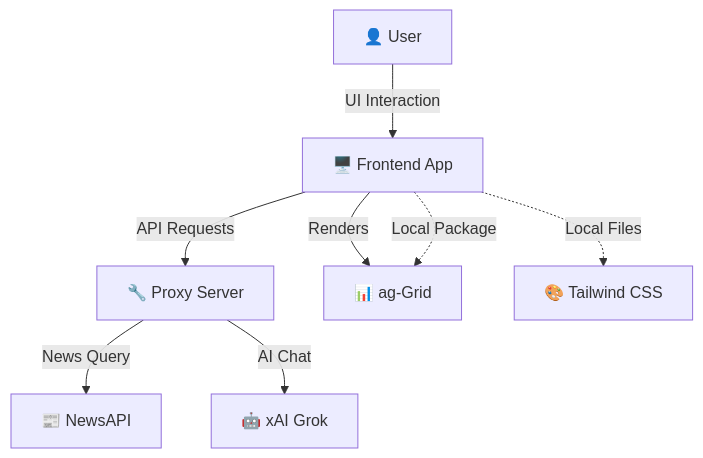
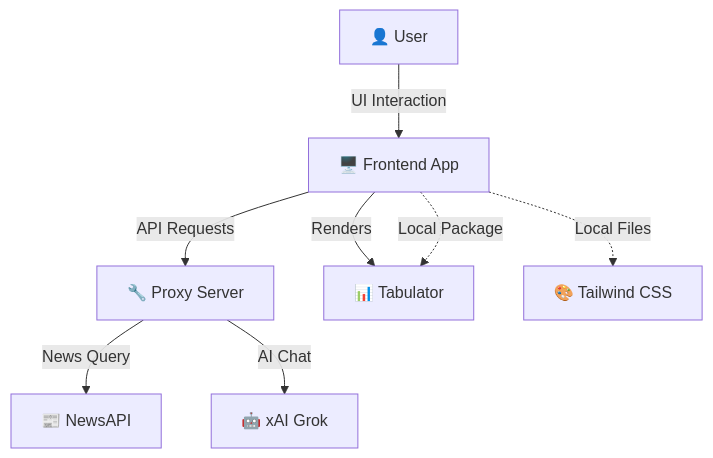
One commit to evcatalyst/news-aggregator changed the first of 3 diagrams in README.md. Above: the diagram before and after it, drawn with Mermaid. The commit also changed other lines of this file and 19 other files, not shown here.

````diff
--- a/README.md
+++ b/README.md
@@ -242,11 +239,11 @@
 ```mermaid
 flowchart TD
     User[👤 User] -->|UI Interaction| Frontend[🖥️ Frontend App]
     Frontend -->|API Requests| Proxy[🔧 Proxy Server]
     Proxy -->|News Query| NewsAPI[📰 NewsAPI]
     Proxy -->|AI Chat| Grok[🤖 xAI Grok]
-    Frontend -->|Renders| AgGrid[📊 ag-Grid]
+    Frontend -->|Renders| Tabulator[📊 Tabulator]
     
     Frontend -.->|Local Files| CSS[🎨 Tailwind CSS]
-    Frontend -.->|Local Package| AgGrid
+    Frontend -.->|Local Package| Tabulator
 ```
````
